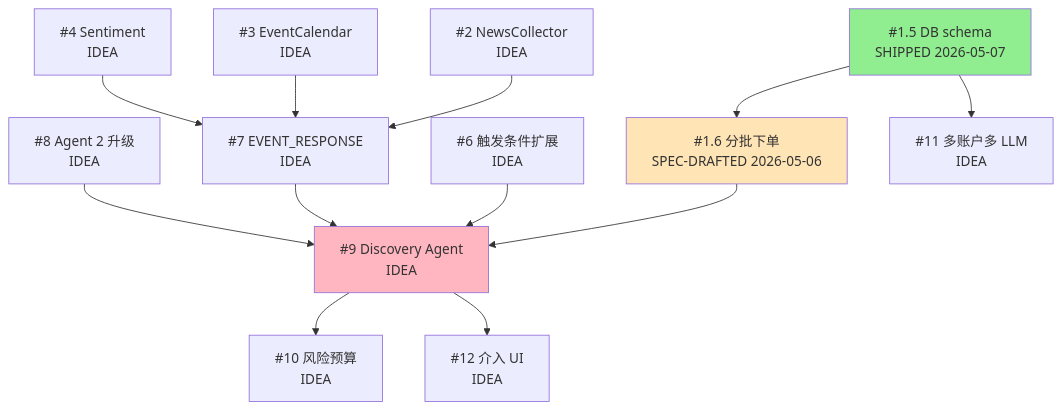
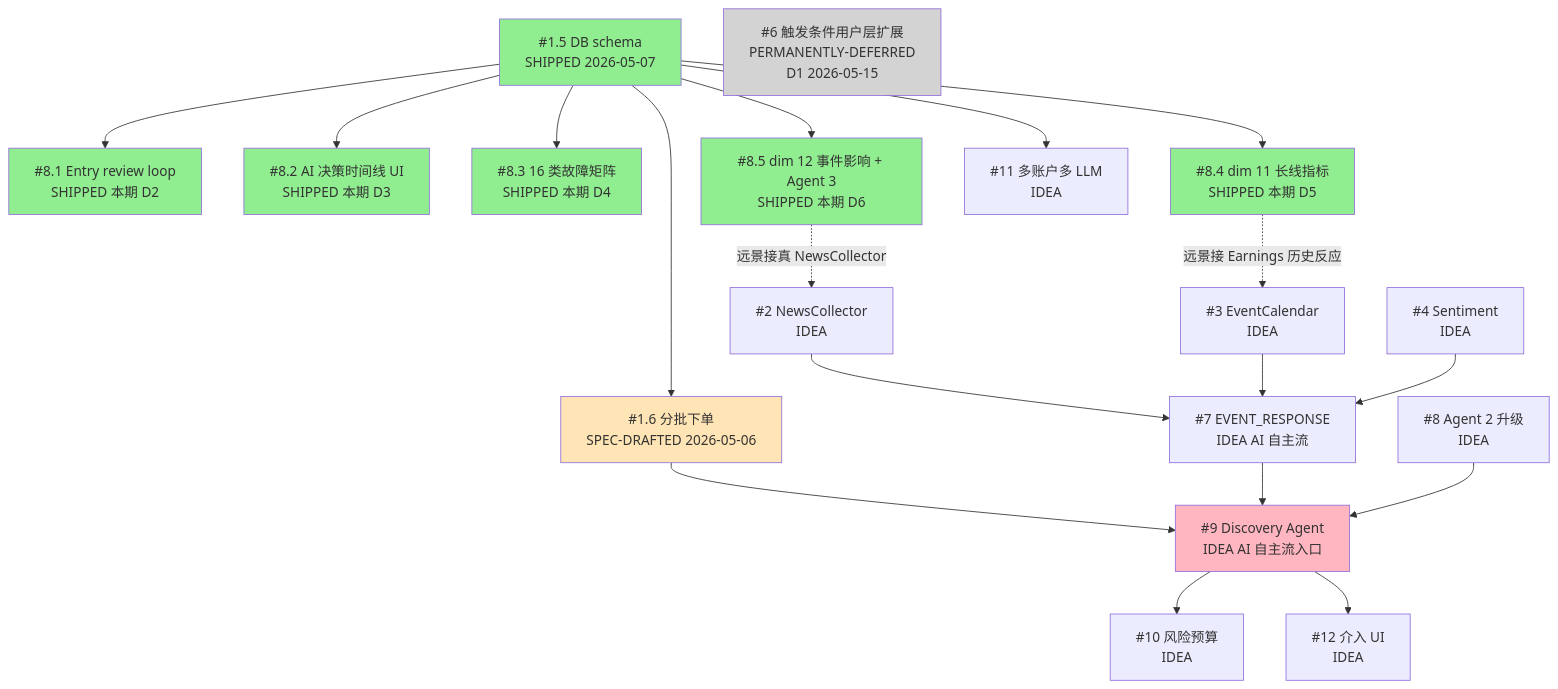
The fourth of 4 diagrams in docs/options-trader/09_roadmap.md (ChunmiaoYu/Projects-Wiki), drawn with Mermaid before and after one commit. The commit also changed other lines of this file and 9 other files, not shown here.

First line of the commit message:
docs(options-trader 2026-05-15 客户开会 round 4 batch): 9 技术文档 + architecture-walkthrough sync (fan-out 10 subagent 并行)

````diff
--- a/docs/options-trader/09_roadmap.md
+++ b/docs/options-trader/09_roadmap.md
@@ -667,31 +679,48 @@
 ```mermaid
 graph TD
     SH15[#1.5 DB schema<br>SHIPPED 2026-05-07]
     SH16[#1.6 分批下单<br>SPEC-DRAFTED 2026-05-06]
     SP2[#2 NewsCollector<br>IDEA]
     SP3[#3 EventCalendar<br>IDEA]
     SP4[#4 Sentiment<br>IDEA]
-    SP6[#6 触发条件扩展<br>IDEA]
-    SP7[#7 EVENT_RESPONSE<br>IDEA]
+    SP6X[#6 触发条件用户层扩展<br>PERMANENTLY-DEFERRED<br>D1 2026-05-15]
+    SP7[#7 EVENT_RESPONSE<br>IDEA AI 自主流]
     SP8[#8 Agent 2 升级<br>IDEA]
-    SP9[#9 Discovery Agent<br>IDEA]
+    SH81[#8.1 Entry review loop<br>SHIPPED 本期 D2]
+    SH82[#8.2 AI 决策时间线 UI<br>SHIPPED 本期 D3]
+    SH83[#8.3 16 类故障矩阵<br>SHIPPED 本期 D4]
+    SH84[#8.4 dim 11 长线指标<br>SHIPPED 本期 D5]
+    SH85[#8.5 dim 12 事件影响 + Agent 3<br>SHIPPED 本期 D6]
+    SP9[#9 Discovery Agent<br>IDEA AI 自主流入口]
     SP10[#10 风险预算<br>IDEA]
     SP11[#11 多账户多 LLM<br>IDEA]
     SP12[#12 介入 UI<br>IDEA]
 
     SH15 --> SH16
     SH15 --> SP11
+    SH15 --> SH81
+    SH15 --> SH82
+    SH15 --> SH83
+    SH15 --> SH84
+    SH15 --> SH85
     SP2 --> SP7
     SP3 --> SP7
     SP4 --> SP7
+    SH85 -.->|远景接真 NewsCollector| SP2
+    SH84 -.->|远景接 Earnings 历史反应| SP3
     SH16 --> SP9
-    SP6 --> SP9
     SP7 --> SP9
     SP8 --> SP9
     SP9 --> SP10
     SP9 --> SP12
 
     style SH15 fill:#90EE90
+    style SH81 fill:#90EE90
+    style SH82 fill:#90EE90
+    style SH83 fill:#90EE90
+    style SH84 fill:#90EE90
+    style SH85 fill:#90EE90
     style SH16 fill:#FFE4B5
+    style SP6X fill:#D3D3D3
     style SP9 fill:#FFB6C1
 ```
````
